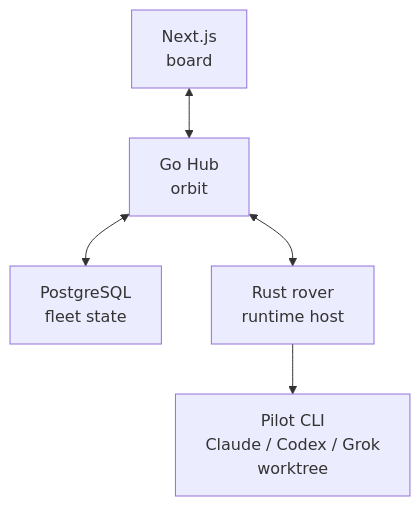
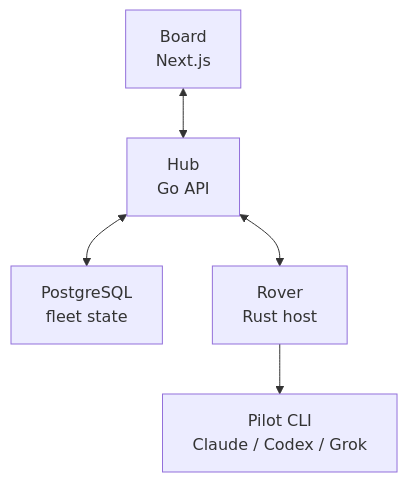
Before and after one commit to CrazyForks/ufo: the second of 2 diagrams in README.md, drawn with Mermaid. The commit also changed other lines of this file and 76 other files, not shown here.

````diff
--- a/README.md
+++ b/README.md
@@ -224,10 +249,7 @@
 ```mermaid
 flowchart TD
-    web["Next.js<br/>board"] <--> api["Go Hub<br/>orbit"]
+    web["Board<br/>Next.js"] <--> api["Hub<br/>Go API"]
     api <--> db["PostgreSQL<br/>fleet state"]
-    api <--> rover["Rust rover<br/>runtime host"]
-    rover --> pilot["Pilot CLI<br/>Claude / Codex / Grok<br/>worktree"]
-    click web href "apps/web" "View source"
-    click api href "apps/api" "View source"
-    click rover href "apps/rover" "View source"
+    api <--> rover["Rover<br/>Rust host"]
+    rover --> pilot["Pilot CLI<br/>Claude / Codex / Grok"]
 ```
````
